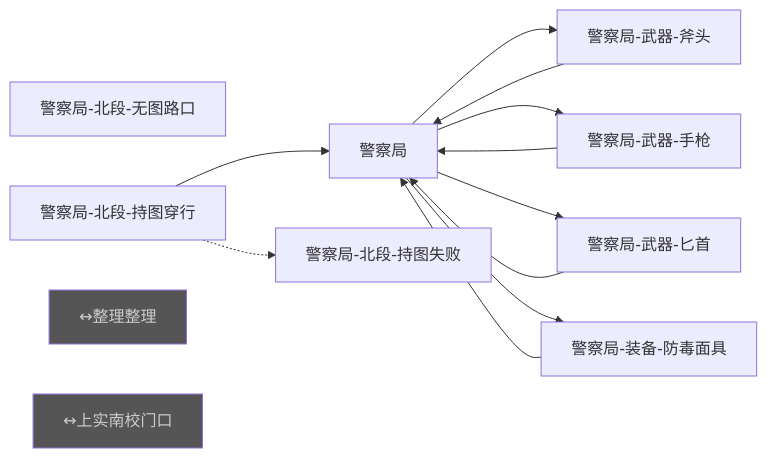
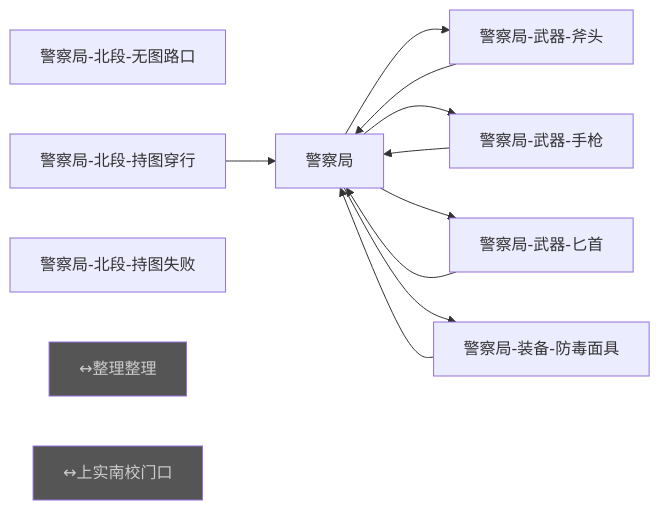
Before and after one commit to bobomymz/Plot-Game: diagram 18 of 25 in tools/graph-report/总览.md, drawn with Mermaid. The commit also changed other lines of this file and 26 other files, not shown here.

````diff
--- a/tools/graph-report/总览.md
+++ b/tools/graph-report/总览.md
@@ -3719,24 +3979,23 @@
 ```mermaid
 flowchart LR
   n0["警察局"]
   n1["警察局-武器-斧头"]
   n2["警察局-武器-手枪"]
   n3["警察局-武器-匕首"]
   n4["警察局-装备-防毒面具"]
   n5["警察局-北段-无图路口"]
   n6["警察局-北段-持图穿行"]
   n7["警察局-北段-持图失败"]
   n8["↔整理整理"]:::ext
   n9["↔上实南校门口"]:::ext
   n0 --> n1
   n0 --> n2
   n0 --> n3
   n0 --> n4
   n1 --> n0
   n2 --> n0
   n3 --> n0
   n4 --> n0
   n6 --> n0
-  n6 -.-> n7
   classDef ext fill:#555,color:#ccc;
 ```
````
